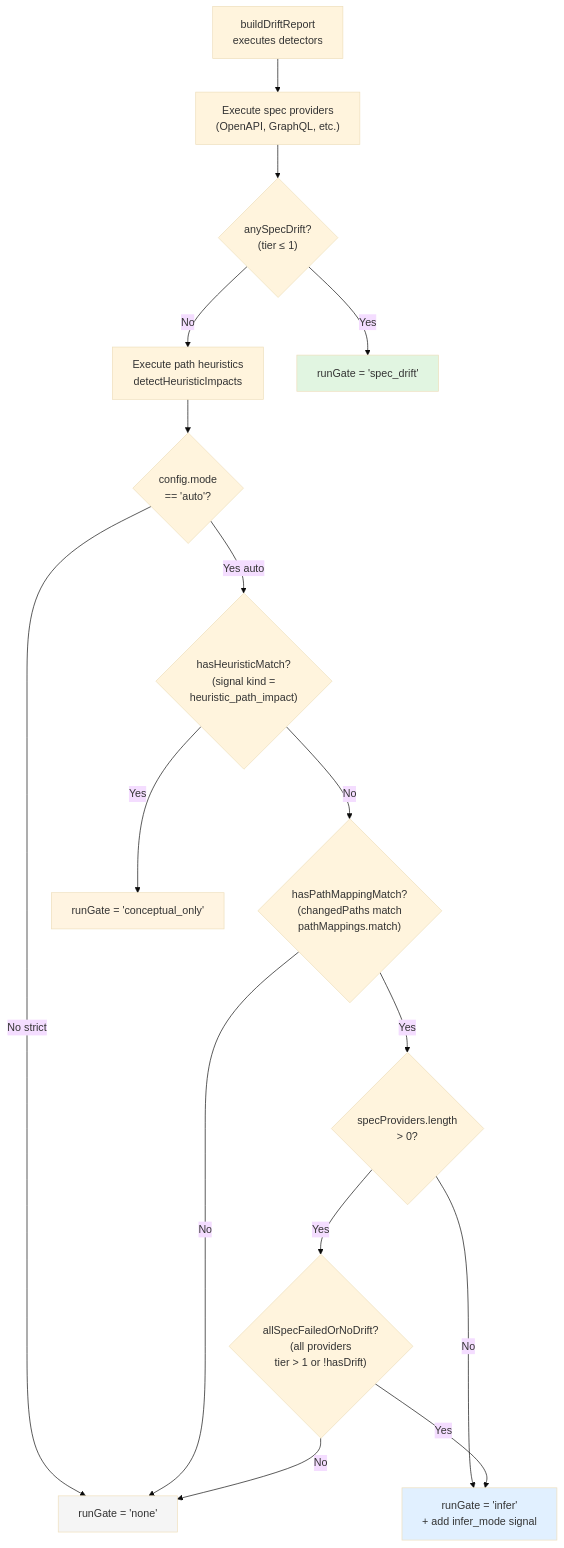
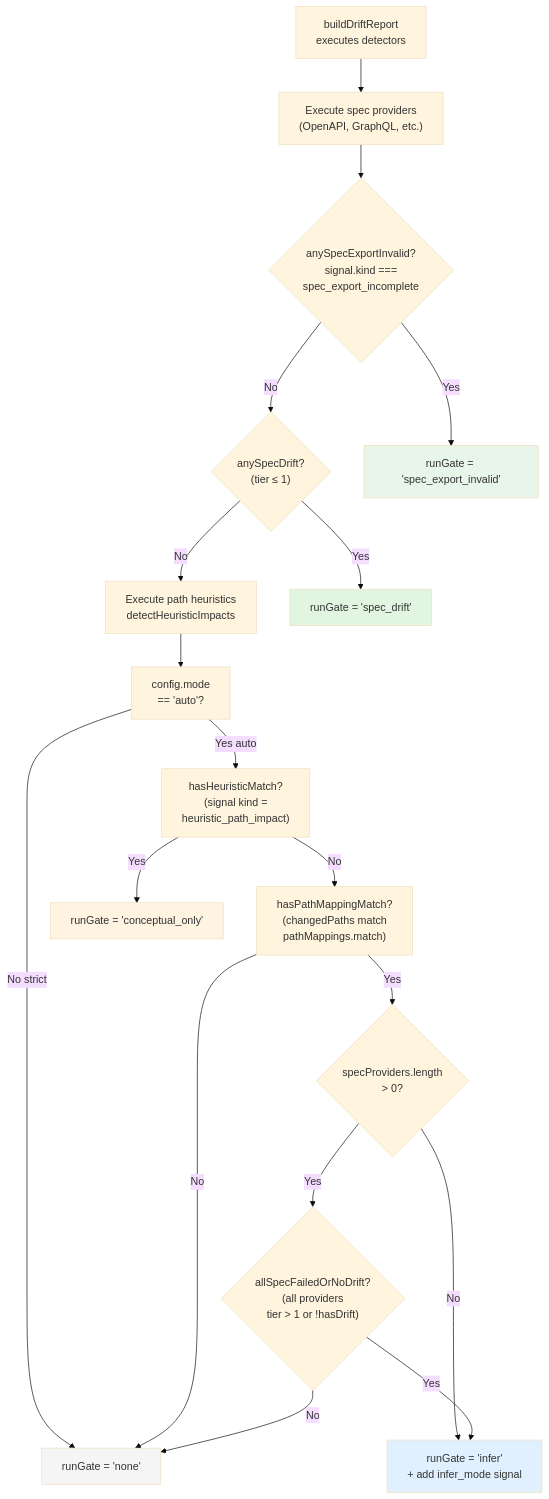
One commit to cameronking4/docdrift changed the first of 2 diagrams in docs/deepwiki/pages/run-gate-logic.mdx. Above: the diagram before and after it, drawn with Mermaid (base theme). The commit also changed other lines of this file and 17 other files, not shown here.

First line of the commit message:
feat: introduce validation for OpenAPI spec completeness and update run gate logic

````diff
--- a/docs/deepwiki/pages/run-gate-logic.mdx
+++ b/docs/deepwiki/pages/run-gate-logic.mdx
@@ -61,53 +62,60 @@
 ```mermaid
 graph TD
     Start["buildDriftReport<br/>executes detectors"]
     
     SpecProviders["Execute spec providers<br/>(OpenAPI, GraphQL, etc.)"]
     
+    CheckSpecExportInvalid{"anySpecExportInvalid?<br/>signal.kind ===<br/>spec_export_incomplete"}
+    
     CheckSpecDrift{"anySpecDrift?<br/>(tier ≤ 1)"}
     
     Heuristics["Execute path heuristics<br/>detectHeuristicImpacts"]
     
-    CheckMode{"config.mode<br/>== 'auto'?"}
+    CheckMode["config.mode<br/>== 'auto'?"]
     
-    CheckHeuristic{"hasHeuristicMatch?<br/>(signal kind =<br/>heuristic_path_impact)"}
+    CheckHeuristic["hasHeuristicMatch?<br/>(signal kind =<br/>heuristic_path_impact)"]
     
-    CheckPathMapping{"hasPathMappingMatch?<br/>(changedPaths match<br/>pathMappings.match)"}
+    CheckPathMapping["hasPathMappingMatch?<br/>(changedPaths match<br/>pathMappings.match)"]
     
     CheckSpecProviders{"specProviders.length<br/>> 0?"}
     
     CheckAllFailed{"allSpecFailedOrNoDrift?<br/>(all providers<br/>tier > 1 or !hasDrift)"}
     
+    GateSpecExportInvalid["runGate = 'spec_export_invalid'"]
     GateSpecDrift["runGate = 'spec_drift'"]
     GateConceptual["runGate = 'conceptual_only'"]
     GateInfer["runGate = 'infer'<br/>+ add infer_mode signal"]
     GateNone["runGate = 'none'"]
     
     Start --> SpecProviders
-    SpecProviders --> CheckSpecDrift
+    SpecProviders --> CheckSpecExportInvalid
+    
+    CheckSpecExportInvalid -->|Yes| GateSpecExportInvalid
+    CheckSpecExportInvalid -->|No| CheckSpecDrift
     
     CheckSpecDrift -->|Yes| GateSpecDrift
     CheckSpecDrift -->|No| Heuristics
     
     Heuristics --> CheckMode
     
     CheckMode -->|No strict| GateNone
     CheckMode -->|Yes auto| CheckHeuristic
     
     CheckHeuristic -->|Yes| GateConceptual
     CheckHeuristic -->|No| CheckPathMapping
     
     CheckPathMapping -->|No| GateNone
     CheckPathMapping -->|Yes| CheckSpecProviders
     
     CheckSpecProviders -->|No| GateInfer
     CheckSpecProviders -->|Yes| CheckAllFailed
     
     CheckAllFailed -->|No| GateNone
     CheckAllFailed -->|Yes| GateInfer
     
+    style GateSpecExportInvalid fill:#e8f5e9
     style GateSpecDrift fill:#e1f5e1
     style GateConceptual fill:#fff4e1
     style GateInfer fill:#e1f0ff
     style GateNone fill:#f5f5f5
 ```
````
